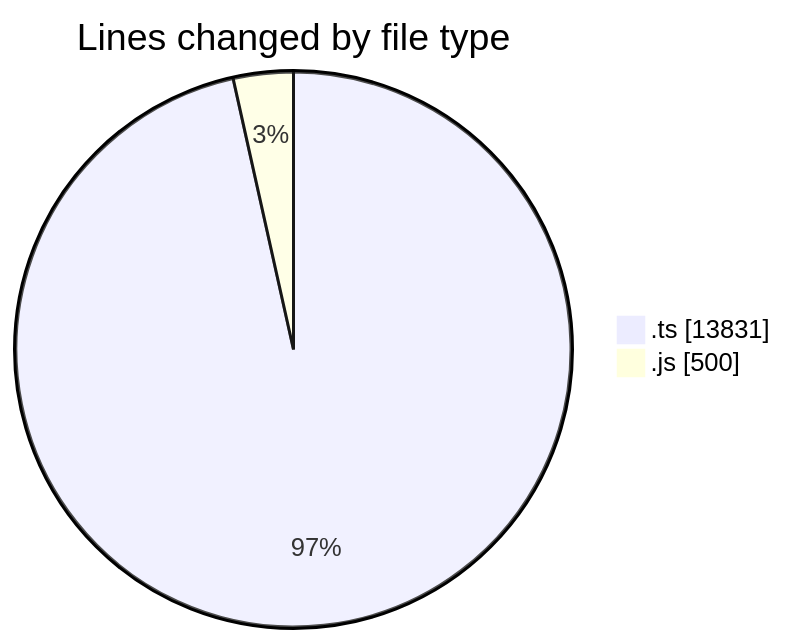
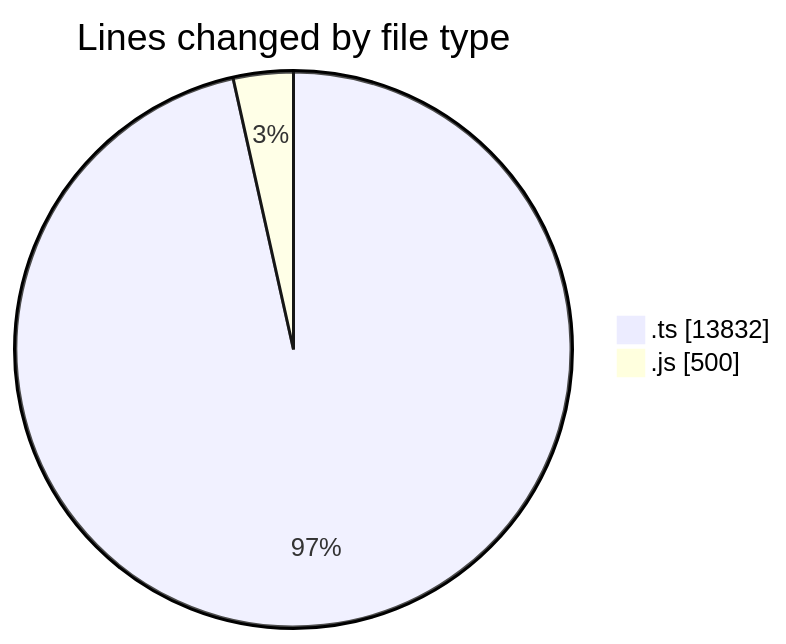
Before and after one commit to momahboobian/code-tracking: the first of 2 diagrams in 2025-06-26/cda/README.md, drawn with Mermaid. The commit also changed other lines of this file and 1 other file, not shown here.

````diff
--- a/2025-06-26/cda/README.md
+++ b/2025-06-26/cda/README.md
@@ -25,6 +25,6 @@
 ```mermaid
 pie showData
 title Lines changed by file type
-".ts" : 13831
+".ts" : 13832
 ".js" : 500
 ```
````
